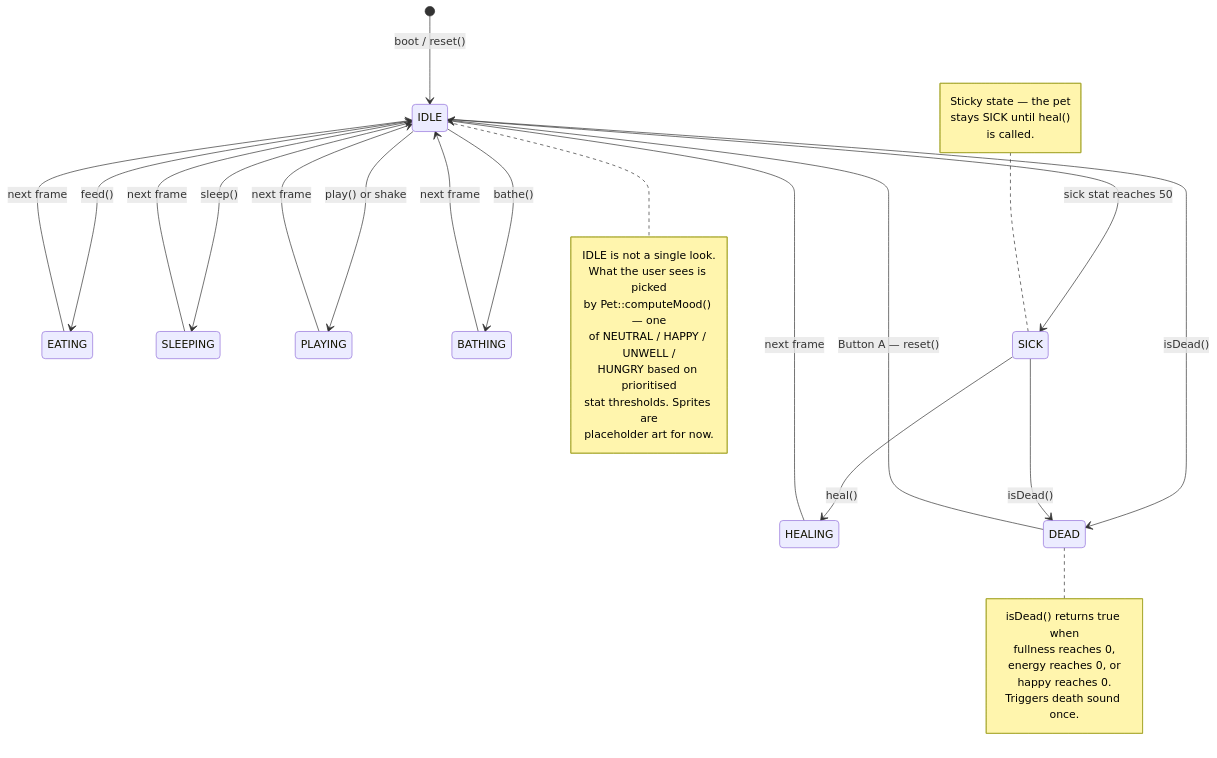
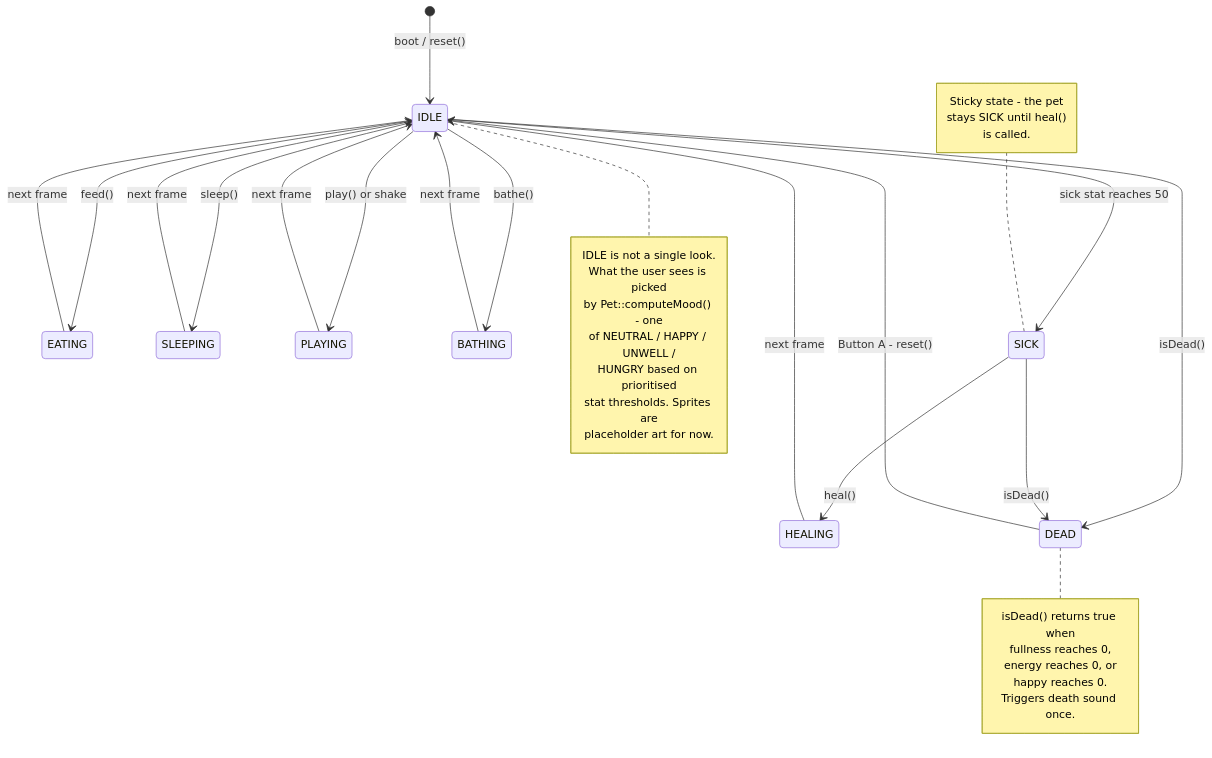
The second of 2 diagrams in FLOW.md (DavidBalishyan/virtual-pet-guide), drawn with Mermaid before and after one commit. The commit also changed other lines of this file and 2 other files, not shown here.

````diff
--- a/FLOW.md
+++ b/FLOW.md
@@ -99,46 +99,46 @@
 ```mermaid
 stateDiagram-v2
-    [*] --> IDLE : boot / reset()
+ [*] --> IDLE : boot / reset()
 
-    IDLE --> EATING : feed()
-    IDLE --> SLEEPING : sleep()
-    IDLE --> PLAYING : play() or shake
-    IDLE --> BATHING : bathe()
-    IDLE --> SICK : sick stat reaches 50
+ IDLE --> EATING : feed()
+ IDLE --> SLEEPING : sleep()
+ IDLE --> PLAYING : play() or shake
+ IDLE --> BATHING : bathe()
+ IDLE --> SICK : sick stat reaches 50
 
-    EATING --> IDLE : next frame
-    SLEEPING --> IDLE : next frame
-    PLAYING --> IDLE : next frame
-    BATHING --> IDLE : next frame
-    HEALING --> IDLE : next frame
+ EATING --> IDLE : next frame
+ SLEEPING --> IDLE : next frame
+ PLAYING --> IDLE : next frame
+ BATHING --> IDLE : next frame
+ HEALING --> IDLE : next frame
 
-    SICK --> HEALING : heal()
+ SICK --> HEALING : heal()
 
-    IDLE --> DEAD : isDead()
-    SICK --> DEAD : isDead()
-    DEAD --> IDLE : Button A — reset()
+ IDLE --> DEAD : isDead()
+ SICK --> DEAD : isDead()
+ DEAD --> IDLE : Button A - reset()
 
-    note right of DEAD
-      isDead() returns true when
-      fullness reaches 0,
-      energy reaches 0, or
-      happy reaches 0.
-      Triggers death sound once.
-    end note
+ note right of DEAD
+ isDead() returns true when
+ fullness reaches 0,
+ energy reaches 0, or
+ happy reaches 0.
+ Triggers death sound once.
+ end note
 
-    note left of SICK
-      Sticky state — the pet
-      stays SICK until heal()
-      is called.
-    end note
+ note left of SICK
+ Sticky state - the pet
+ stays SICK until heal()
+ is called.
+ end note
 
-    note right of IDLE
-      IDLE is not a single look.
-      What the user sees is picked
-      by Pet::computeMood() — one
-      of NEUTRAL / HAPPY / UNWELL /
-      HUNGRY based on prioritised
-      stat thresholds. Sprites are
-      placeholder art for now.
-    end note
+ note right of IDLE
+ IDLE is not a single look.
+ What the user sees is picked
+ by Pet::computeMood() - one
+ of NEUTRAL / HAPPY / UNWELL /
+ HUNGRY based on prioritised
+ stat thresholds. Sprites are
+ placeholder art for now.
+ end note
 ```
````
